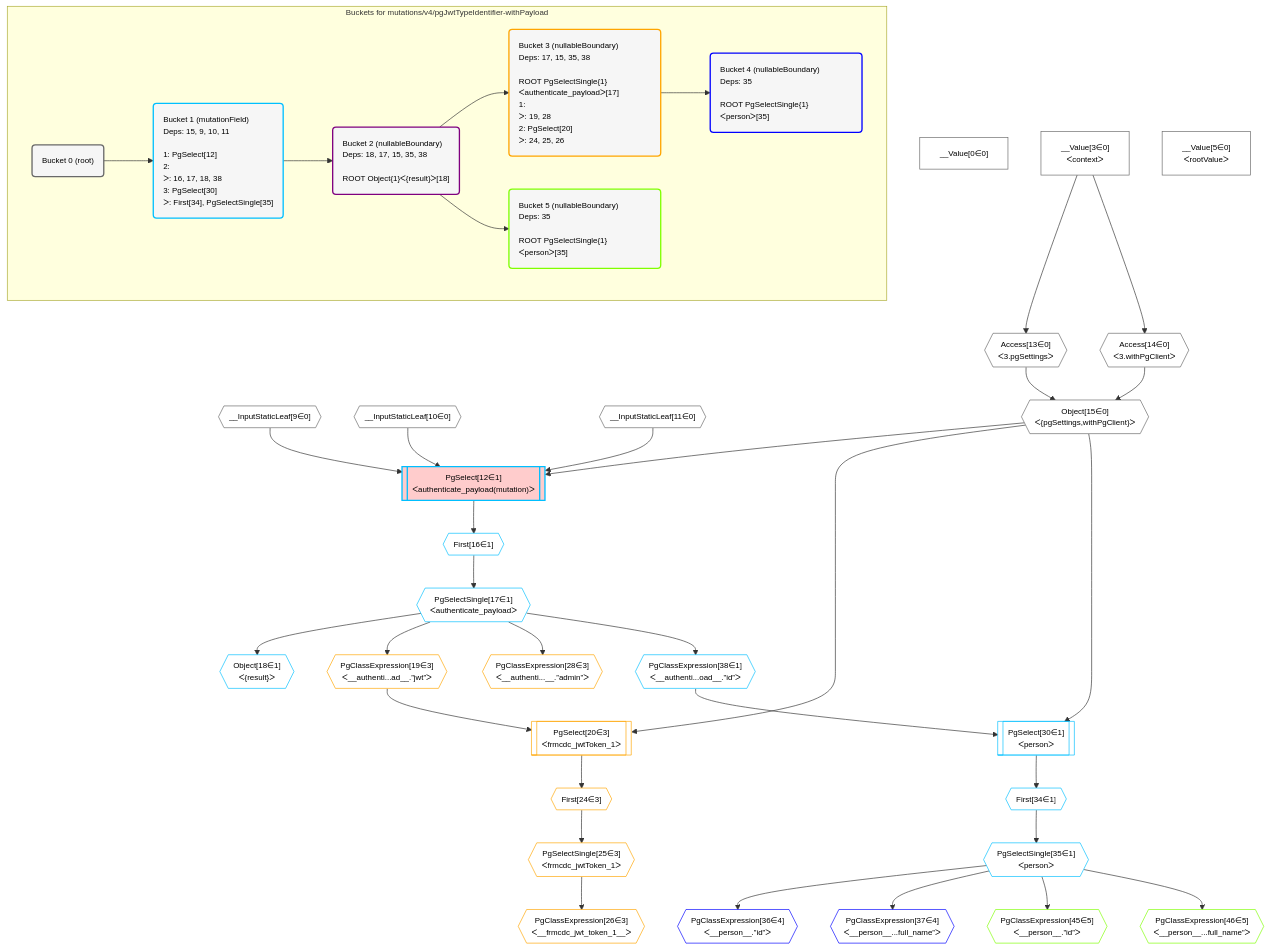
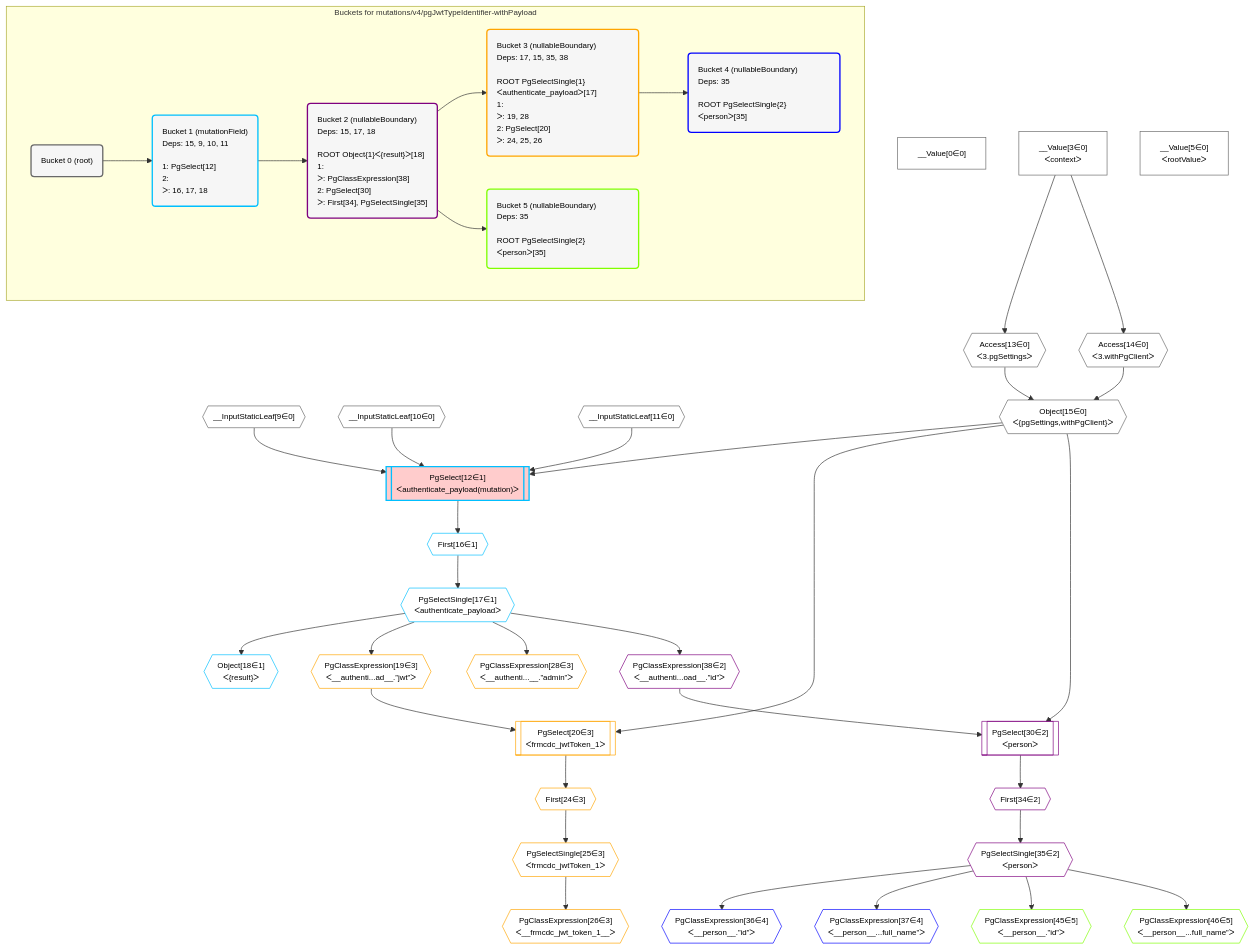
One commit to graphile/crystal changed the diagram in postgraphile/postgraphile/__tests__/mutations/v4/pgJwtTypeIdentifier-withPayload.mermaid. Above: the diagram before and after it, drawn with Mermaid. The commit also changed 18 other files, not shown here.

Commit message:
Update mutation snapshots with new no-mutationField-hoist rule

```diff
--- a/postgraphile/postgraphile/__tests__/mutations/v4/pgJwtTypeIdentifier-withPayload.mermaid
+++ b/postgraphile/postgraphile/__tests__/mutations/v4/pgJwtTypeIdentifier-withPayload.mermaid
@@ -1,86 +1,86 @@
 %%{init: {'themeVariables': { 'fontSize': '12px'}}}%%
 graph TD
     classDef path fill:#eee,stroke:#000,color:#000
     classDef plan fill:#fff,stroke-width:1px,color:#000
     classDef itemplan fill:#fff,stroke-width:2px,color:#000
     classDef unbatchedplan fill:#dff,stroke-width:1px,color:#000
     classDef sideeffectplan fill:#fcc,stroke-width:2px,color:#000
     classDef bucket fill:#f6f6f6,color:#000,stroke-width:2px,text-align:left
 
 
     %% define steps
     __Value0["__Value[0∈0]"]:::plan
     __Value3["__Value[3∈0]<br />ᐸcontextᐳ"]:::plan
     __Value5["__Value[5∈0]<br />ᐸrootValueᐳ"]:::plan
     __InputStaticLeaf9{{"__InputStaticLeaf[9∈0]"}}:::plan
     __InputStaticLeaf10{{"__InputStaticLeaf[10∈0]"}}:::plan
     __InputStaticLeaf11{{"__InputStaticLeaf[11∈0]"}}:::plan
     Access13{{"Access[13∈0]<br />ᐸ3.pgSettingsᐳ"}}:::plan
     Access14{{"Access[14∈0]<br />ᐸ3.withPgClientᐳ"}}:::plan
     Object15{{"Object[15∈0]<br />ᐸ{pgSettings,withPgClient}ᐳ"}}:::plan
     PgSelect12[["PgSelect[12∈1]<br />ᐸauthenticate_payload(mutation)ᐳ"]]:::sideeffectplan
     First16{{"First[16∈1]"}}:::plan
     PgSelectSingle17{{"PgSelectSingle[17∈1]<br />ᐸauthenticate_payloadᐳ"}}:::plan
     Object18{{"Object[18∈1]<br />ᐸ{result}ᐳ"}}:::plan
     PgClassExpression19{{"PgClassExpression[19∈3]<br />ᐸ__authenti...ad__.”jwt”ᐳ"}}:::plan
     PgSelect20[["PgSelect[20∈3]<br />ᐸfrmcdc_jwtToken_1ᐳ"]]:::plan
     First24{{"First[24∈3]"}}:::plan
     PgSelectSingle25{{"PgSelectSingle[25∈3]<br />ᐸfrmcdc_jwtToken_1ᐳ"}}:::plan
     PgClassExpression26{{"PgClassExpression[26∈3]<br />ᐸ__frmcdc_jwt_token_1__ᐳ"}}:::plan
     PgClassExpression28{{"PgClassExpression[28∈3]<br />ᐸ__authenti...__.”admin”ᐳ"}}:::plan
-    PgClassExpression38{{"PgClassExpression[38∈1]<br />ᐸ__authenti...oad__.”id”ᐳ"}}:::plan
-    PgSelect30[["PgSelect[30∈1]<br />ᐸpersonᐳ"]]:::plan
-    First34{{"First[34∈1]"}}:::plan
-    PgSelectSingle35{{"PgSelectSingle[35∈1]<br />ᐸpersonᐳ"}}:::plan
+    PgClassExpression38{{"PgClassExpression[38∈2]<br />ᐸ__authenti...oad__.”id”ᐳ"}}:::plan
+    PgSelect30[["PgSelect[30∈2]<br />ᐸpersonᐳ"]]:::plan
+    First34{{"First[34∈2]"}}:::plan
+    PgSelectSingle35{{"PgSelectSingle[35∈2]<br />ᐸpersonᐳ"}}:::plan
     PgClassExpression36{{"PgClassExpression[36∈4]<br />ᐸ__person__.”id”ᐳ"}}:::plan
     PgClassExpression37{{"PgClassExpression[37∈4]<br />ᐸ__person__...full_name”ᐳ"}}:::plan
     PgClassExpression45{{"PgClassExpression[45∈5]<br />ᐸ__person__.”id”ᐳ"}}:::plan
     PgClassExpression46{{"PgClassExpression[46∈5]<br />ᐸ__person__...full_name”ᐳ"}}:::plan
 
     %% plan dependencies
     __Value3 --> Access13
     __Value3 --> Access14
     Access13 & Access14 --> Object15
     Object15 & __InputStaticLeaf9 & __InputStaticLeaf10 & __InputStaticLeaf11 --> PgSelect12
     PgSelect12 --> First16
     First16 --> PgSelectSingle17
     PgSelectSingle17 --> Object18
     PgSelectSingle17 --> PgClassExpression19
     Object15 & PgClassExpression19 --> PgSelect20
     PgSelect20 --> First24
     First24 --> PgSelectSingle25
     PgSelectSingle25 --> PgClassExpression26
     PgSelectSingle17 --> PgClassExpression28
     PgSelectSingle17 --> PgClassExpression38
     Object15 & PgClassExpression38 --> PgSelect30
     PgSelect30 --> First34
     First34 --> PgSelectSingle35
     PgSelectSingle35 --> PgClassExpression36
     PgSelectSingle35 --> PgClassExpression37
     PgSelectSingle35 --> PgClassExpression45
     PgSelectSingle35 --> PgClassExpression46
 
     subgraph "Buckets for mutations/v4/pgJwtTypeIdentifier-withPayload"
     Bucket0("Bucket 0 (root)"):::bucket
     classDef bucket0 stroke:#696969
     class Bucket0,__Value0,__Value3,__Value5,__InputStaticLeaf9,__InputStaticLeaf10,__InputStaticLeaf11,Access13,Access14,Object15 bucket0
-    Bucket1("Bucket 1 (mutationField)<br />Deps: 15, 9, 10, 11<br /><br />1: PgSelect[12]<br />2: <br />ᐳ: 16, 17, 18, 38<br />3: PgSelect[30]<br />ᐳ: First[34], PgSelectSingle[35]"):::bucket
+    Bucket1("Bucket 1 (mutationField)<br />Deps: 15, 9, 10, 11<br /><br />1: PgSelect[12]<br />2: <br />ᐳ: 16, 17, 18"):::bucket
     classDef bucket1 stroke:#00bfff
-    class Bucket1,PgSelect12,First16,PgSelectSingle17,Object18,PgSelect30,First34,PgSelectSingle35,PgClassExpression38 bucket1
-    Bucket2("Bucket 2 (nullableBoundary)<br />Deps: 18, 17, 15, 35, 38<br /><br />ROOT Object{1}ᐸ{result}ᐳ[18]"):::bucket
+    class Bucket1,PgSelect12,First16,PgSelectSingle17,Object18 bucket1
+    Bucket2("Bucket 2 (nullableBoundary)<br />Deps: 15, 17, 18<br /><br />ROOT Object{1}ᐸ{result}ᐳ[18]<br />1: <br />ᐳ: PgClassExpression[38]<br />2: PgSelect[30]<br />ᐳ: First[34], PgSelectSingle[35]"):::bucket
     classDef bucket2 stroke:#7f007f
-    class Bucket2 bucket2
+    class Bucket2,PgSelect30,First34,PgSelectSingle35,PgClassExpression38 bucket2
     Bucket3("Bucket 3 (nullableBoundary)<br />Deps: 17, 15, 35, 38<br /><br />ROOT PgSelectSingle{1}ᐸauthenticate_payloadᐳ[17]<br />1: <br />ᐳ: 19, 28<br />2: PgSelect[20]<br />ᐳ: 24, 25, 26"):::bucket
     classDef bucket3 stroke:#ffa500
     class Bucket3,PgClassExpression19,PgSelect20,First24,PgSelectSingle25,PgClassExpression26,PgClassExpression28 bucket3
-    Bucket4("Bucket 4 (nullableBoundary)<br />Deps: 35<br /><br />ROOT PgSelectSingle{1}ᐸpersonᐳ[35]"):::bucket
+    Bucket4("Bucket 4 (nullableBoundary)<br />Deps: 35<br /><br />ROOT PgSelectSingle{2}ᐸpersonᐳ[35]"):::bucket
     classDef bucket4 stroke:#0000ff
     class Bucket4,PgClassExpression36,PgClassExpression37 bucket4
-    Bucket5("Bucket 5 (nullableBoundary)<br />Deps: 35<br /><br />ROOT PgSelectSingle{1}ᐸpersonᐳ[35]"):::bucket
+    Bucket5("Bucket 5 (nullableBoundary)<br />Deps: 35<br /><br />ROOT PgSelectSingle{2}ᐸpersonᐳ[35]"):::bucket
     classDef bucket5 stroke:#7fff00
     class Bucket5,PgClassExpression45,PgClassExpression46 bucket5
     Bucket0 --> Bucket1
     Bucket1 --> Bucket2
     Bucket2 --> Bucket3 & Bucket5
     Bucket3 --> Bucket4
     end
```
